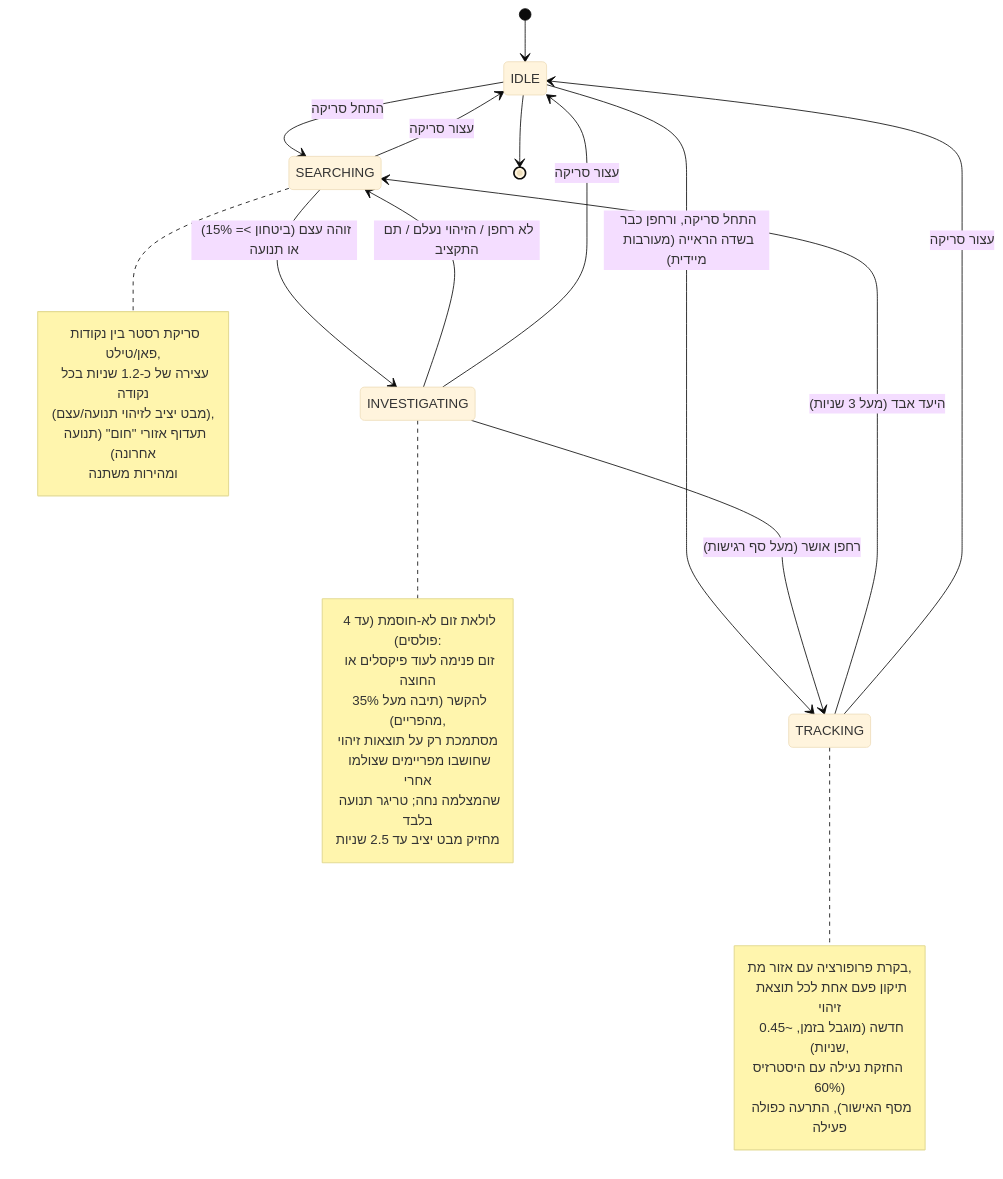
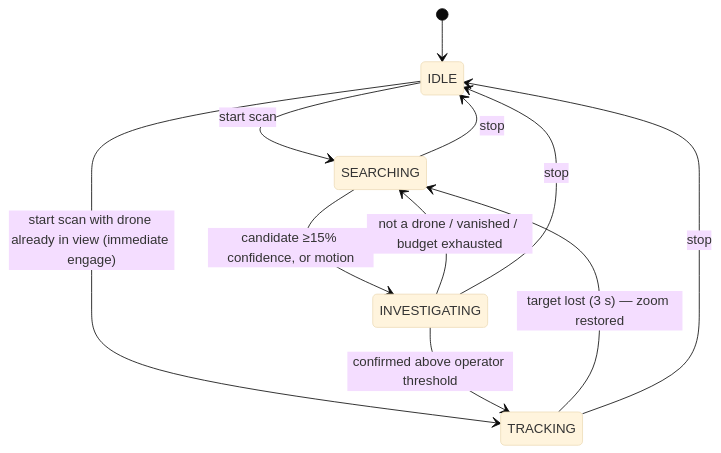
The second of 2 diagrams in README.md (aviayeli/avigilon-ptz-dashboard), drawn with Mermaid (base theme) before and after one commit. The commit also changed other lines of this file, not shown here.

````diff
--- a/README.md
+++ b/README.md
@@ -273,40 +61,13 @@
 ```mermaid
 stateDiagram-v2
     [*] --> IDLE
-    IDLE --> SEARCHING: התחל סריקה
-    IDLE --> TRACKING: התחל סריקה, ורחפן כבר בשדה הראייה (מעורבות מיידית)
-    SEARCHING --> INVESTIGATING: זוהה עצם (ביטחון >= 15%) או תנועה
-    INVESTIGATING --> SEARCHING: לא רחפן / הזיהוי נעלם / תם התקציב
-    INVESTIGATING --> TRACKING: רחפן אושר (מעל סף רגישות)
-    TRACKING --> SEARCHING: היעד אבד (מעל 3 שניות)
-    SEARCHING --> IDLE: עצור סריקה
-    INVESTIGATING --> IDLE: עצור סריקה
-    TRACKING --> IDLE: עצור סריקה
-    IDLE --> [*]
-
-    note right of SEARCHING
-        סריקת רסטר בין נקודות פאן/טילט,
-        עצירה של כ-1.2 שניות בכל נקודה
-        (מבט יציב לזיהוי תנועה/עצם),
-        תעדוף אזורי "חום" (תנועה אחרונה)
-        ומהירות משתנה
-    end note
-
-    note right of INVESTIGATING
-        לולאת זום לא-חוסמת (עד 4 פולסים):
-        זום פנימה לעוד פיקסלים או החוצה
-        להקשר (תיבה מעל 35% מהפריים),
-        מסתמכת רק על תוצאות זיהוי
-        שחושבו מפריימים שצולמו אחרי
-        שהמצלמה נחה; טריגר תנועה בלבד
-        מחזיק מבט יציב עד 2.5 שניות
-    end note
-
-    note right of TRACKING
-        בקרת פרופורציה עם אזור מת,
-        תיקון פעם אחת לכל תוצאת זיהוי
-        חדשה (מוגבל בזמן, ~0.45 שניות),
-        החזקת נעילה עם היסטרזיס (60%
-        מסף האישור), התרעה כפולה פעילה
-    end note
+    IDLE --> SEARCHING: start scan
+    IDLE --> TRACKING: start scan with drone already in view (immediate engage)
+    SEARCHING --> INVESTIGATING: candidate ≥15% confidence, or motion
+    INVESTIGATING --> SEARCHING: not a drone / vanished / budget exhausted
+    INVESTIGATING --> TRACKING: confirmed above operator threshold
+    TRACKING --> SEARCHING: target lost (3 s) — zoom restored
+    SEARCHING --> IDLE: stop
+    INVESTIGATING --> IDLE: stop
+    TRACKING --> IDLE: stop
 ```
````
